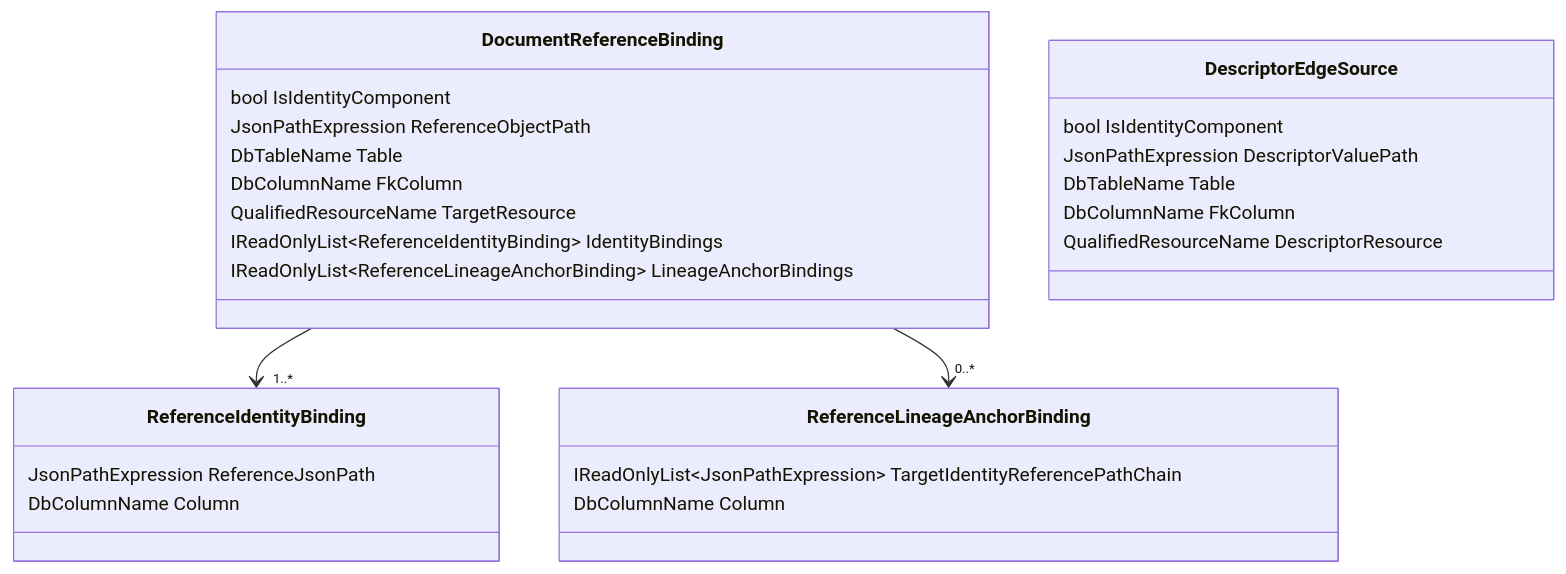
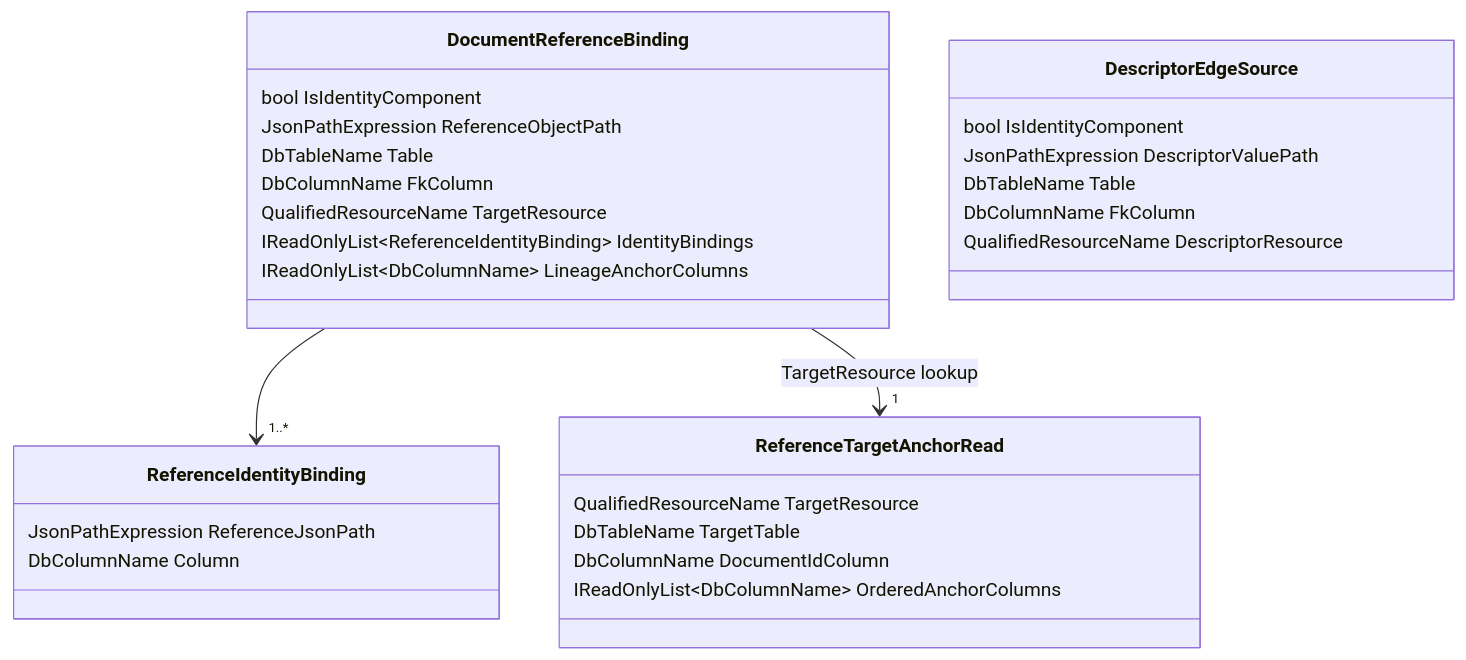
One commit to Ed-Fi-Alliance-OSS/Data-Management-Service changed the sixth of 16 diagrams in reference/design/backend-redesign/presentations/relational-model-presentation.md. Above: the diagram before and after it, drawn with Mermaid. The commit also changed other lines of this file and 7 other files, not shown here.

````diff
--- a/reference/design/backend-redesign/presentations/relational-model-presentation.md
+++ b/reference/design/backend-redesign/presentations/relational-model-presentation.md
@@ -272,33 +272,35 @@
 ```mermaid
 classDiagram
     class DocumentReferenceBinding {
         bool IsIdentityComponent
         JsonPathExpression ReferenceObjectPath
         DbTableName Table
         DbColumnName FkColumn
         QualifiedResourceName TargetResource
         IReadOnlyList~ReferenceIdentityBinding~ IdentityBindings
-        IReadOnlyList~ReferenceLineageAnchorBinding~ LineageAnchorBindings
+        IReadOnlyList~DbColumnName~ LineageAnchorColumns
     }
 
     class ReferenceIdentityBinding {
         JsonPathExpression ReferenceJsonPath
         DbColumnName Column
     }
 
-    class ReferenceLineageAnchorBinding {
-        IReadOnlyList~JsonPathExpression~ TargetIdentityReferencePathChain
-        DbColumnName Column
+    class ReferenceTargetAnchorRead {
+        QualifiedResourceName TargetResource
+        DbTableName TargetTable
+        DbColumnName DocumentIdColumn
+        IReadOnlyList~DbColumnName~ OrderedAnchorColumns
     }
 
     class DescriptorEdgeSource {
         bool IsIdentityComponent
         JsonPathExpression DescriptorValuePath
         DbTableName Table
         DbColumnName FkColumn
         QualifiedResourceName DescriptorResource
     }
 
     DocumentReferenceBinding --> "1..*" ReferenceIdentityBinding
-    DocumentReferenceBinding --> "0..*" ReferenceLineageAnchorBinding
+    DocumentReferenceBinding --> "1" ReferenceTargetAnchorRead : TargetResource lookup
 ```
````
